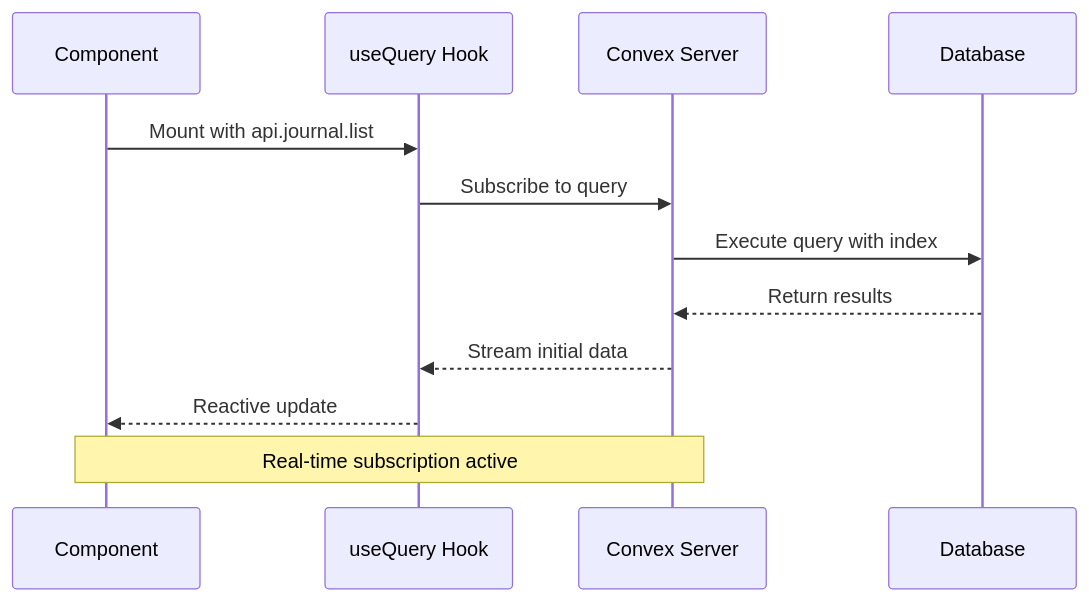
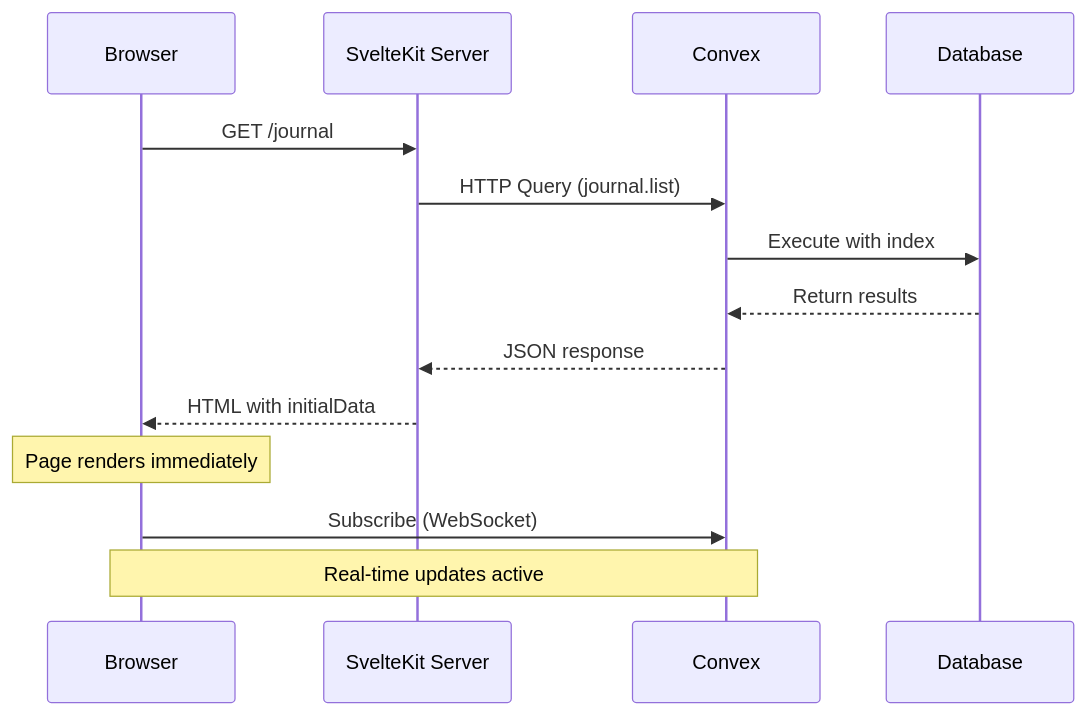
One commit to robelest/robelest changed the second of 3 diagrams in journal/2025-12-15-website-architecture.md. Above: the diagram before and after it, drawn with Mermaid. The commit also changed other lines of this file, not shown here.

First line of the commit message:
docs: expand website architecture with SSR and content processing details

````diff
--- a/journal/2025-12-15-website-architecture.md
+++ b/journal/2025-12-15-website-architecture.md
@@ -277,15 +400,17 @@
 ```mermaid
 sequenceDiagram
-    participant C as Component
-    participant Q as useQuery Hook
-    participant S as Convex Server
+    participant B as Browser
+    participant S as SvelteKit Server
+    participant C as Convex
     participant D as Database
 
-    C->>Q: Mount with api.journal.list
-    Q->>S: Subscribe to query
-    S->>D: Execute query with index
-    D-->>S: Return results
-    S-->>Q: Stream initial data
-    Q-->>C: Reactive update
-    Note over S,C: Real-time subscription active
+    B->>S: GET /journal
+    S->>C: HTTP Query (journal.list)
+    C->>D: Execute with index
+    D-->>C: Return results
+    C-->>S: JSON response
+    S-->>B: HTML with initialData
+    Note over B: Page renders immediately
+    B->>C: Subscribe (WebSocket)
+    Note over B,C: Real-time updates active
 ```
````
